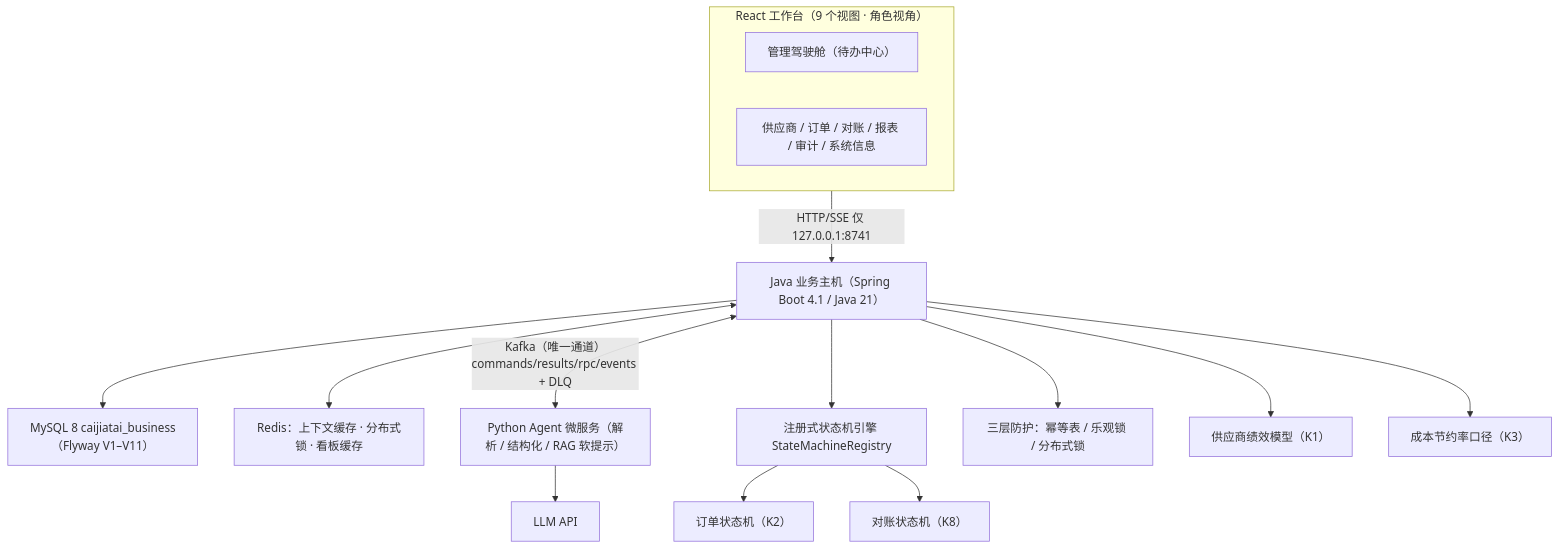
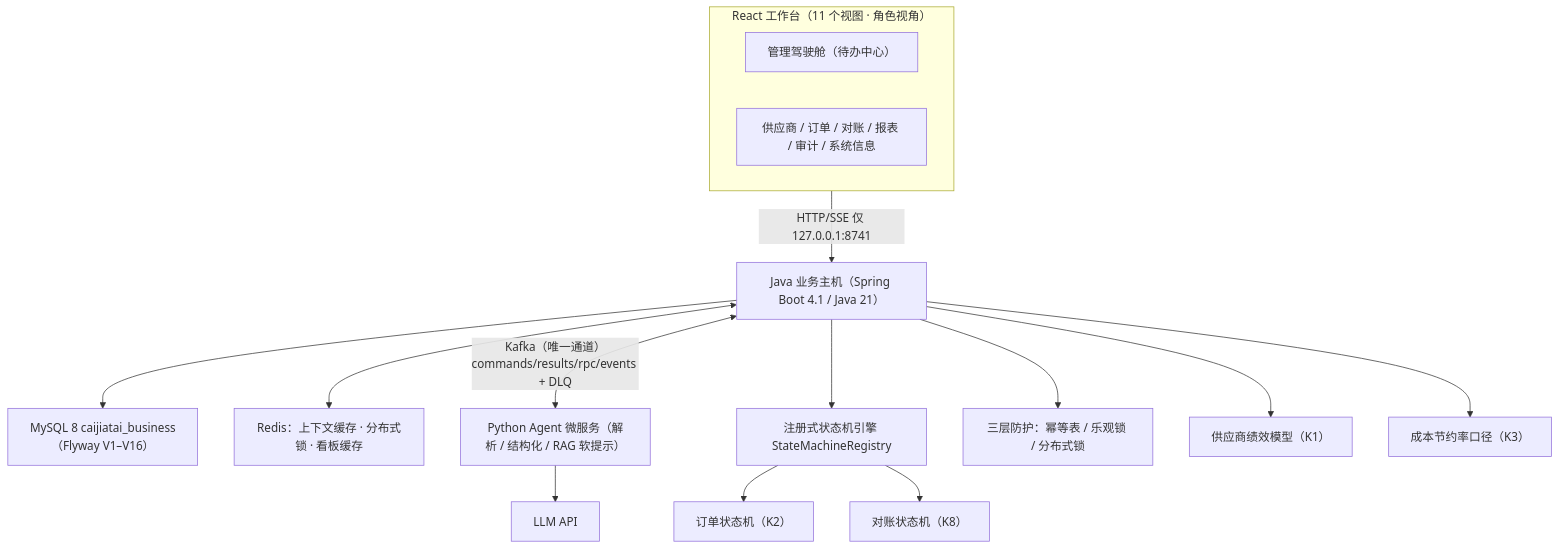
Before and after one commit to zxl666ab-sketch/agentharness: the first of 2 diagrams in README.md, drawn with Mermaid. The commit also changed other lines of this file and 101 other files, not shown here.

````diff
--- a/README.md
+++ b/README.md
@@ -27,19 +27,19 @@
 ```mermaid
 flowchart TB
-    subgraph Web["React 工作台（9 个视图 · 角色视角）"]
+    subgraph Web["React 工作台（11 个视图 · 角色视角）"]
         Dashboard["管理驾驶舱（待办中心）"]
         Pages["供应商 / 订单 / 对账 / 报表 / 审计 / 系统信息"]
     end
     Web -->|"HTTP/SSE 仅 127.0.0.1:8741"| Java["Java 业务主机（Spring Boot 4.1 / Java 21）"]
-    Java --> MySQL["MySQL 8 caijiatai_business（Flyway V1–V11）"]
+    Java --> MySQL["MySQL 8 caijiatai_business（Flyway V1–V16）"]
     Java <--> Redis["Redis：上下文缓存 · 分布式锁 · 看板缓存"]
     Java <-->|"Kafka（唯一通道）commands/results/rpc/events + DLQ"| Agent["Python Agent 微服务（解析 / 结构化 / RAG 软提示）"]
     Agent --> Provider["LLM API"]
 
     Java --> SM["注册式状态机引擎 StateMachineRegistry"]
     SM --> OrderSM["订单状态机（K2）"]
     SM --> SettleSM["对账状态机（K8）"]
     Java --> Guard["三层防护：幂等表 / 乐观锁 / 分布式锁"]
     Java --> Perf["供应商绩效模型（K1）"]
     Java --> Insights["成本节约率口径（K3）"]
 ```
````
